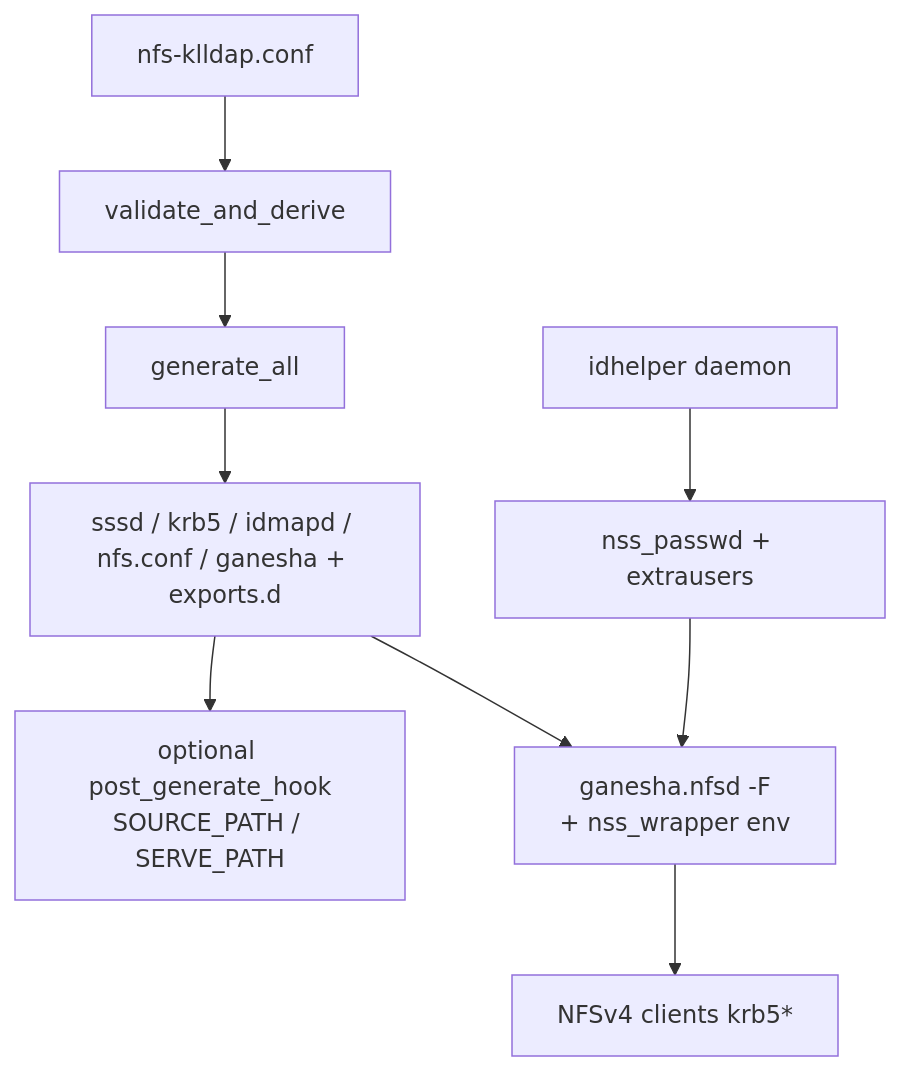
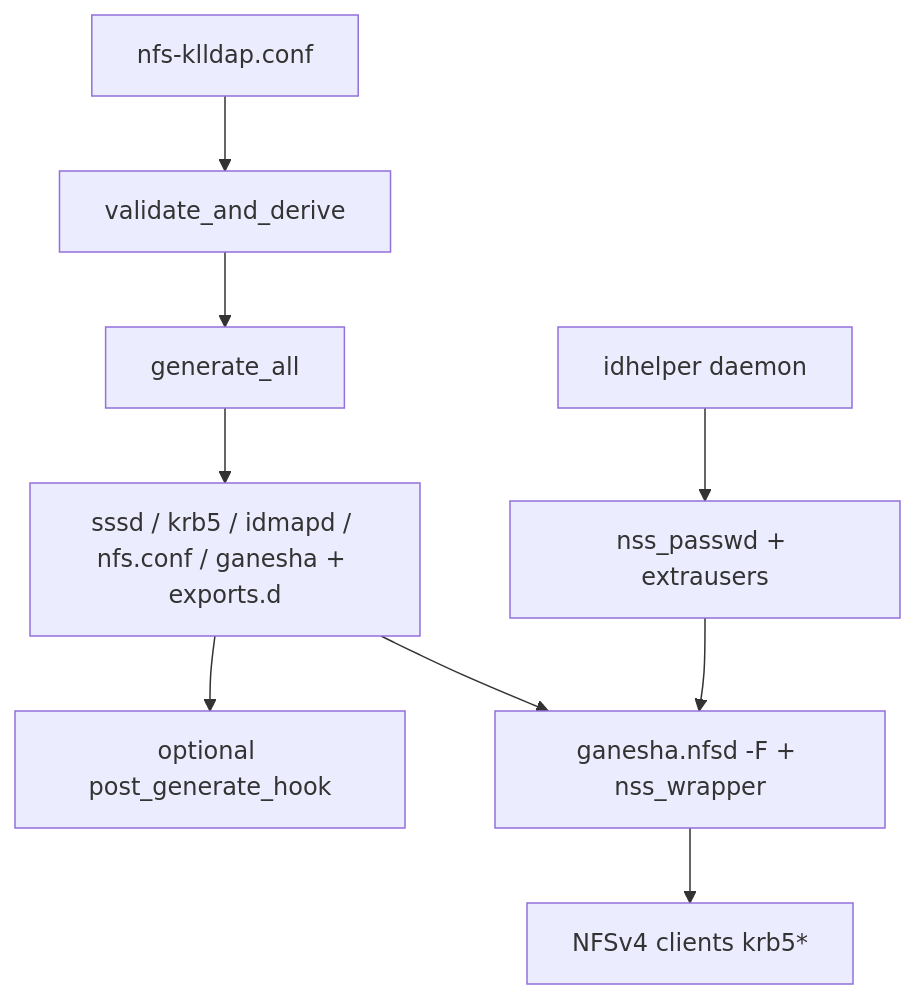
One commit to Aelieth/nfs-klldap-host changed the diagram in docs/ganesha-architecture.md. Above: the diagram before and after it, drawn with Mermaid. The commit also changed other lines of this file and 18 other files, not shown here.

````diff
--- a/docs/ganesha-architecture.md
+++ b/docs/ganesha-architecture.md
@@ -32,11 +30,11 @@
 ```mermaid
 flowchart TD
   toml["nfs-klldap.conf"] --> validate["validate_and_derive"]
   validate --> gen["generate_all"]
   gen --> artifacts["sssd / krb5 / idmapd / nfs.conf / ganesha + exports.d"]
-  artifacts --> hook["optional post_generate_hook\nSOURCE_PATH / SERVE_PATH"]
-  artifacts --> ganesha["ganesha.nfsd -F\n+ nss_wrapper env"]
+  artifacts --> hook["optional post_generate_hook"]
+  artifacts --> ganesha["ganesha.nfsd -F + nss_wrapper"]
   idhelper["idhelper daemon"] --> nss["nss_passwd + extrausers"]
   nss --> ganesha
   ganesha --> clients["NFSv4 clients krb5*"]
 ```
````
